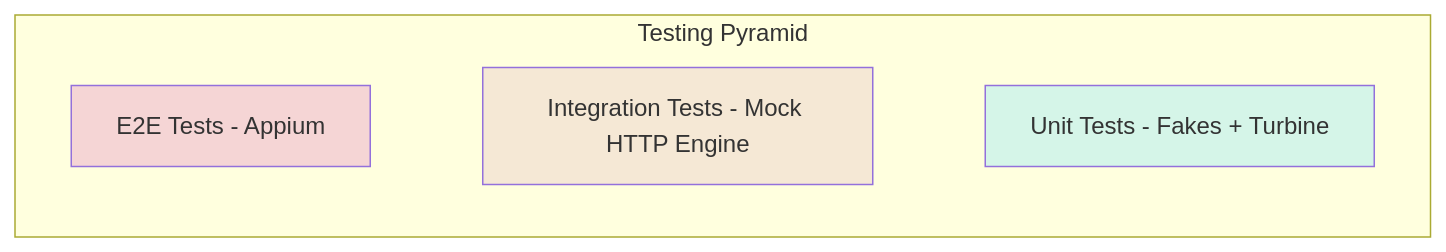
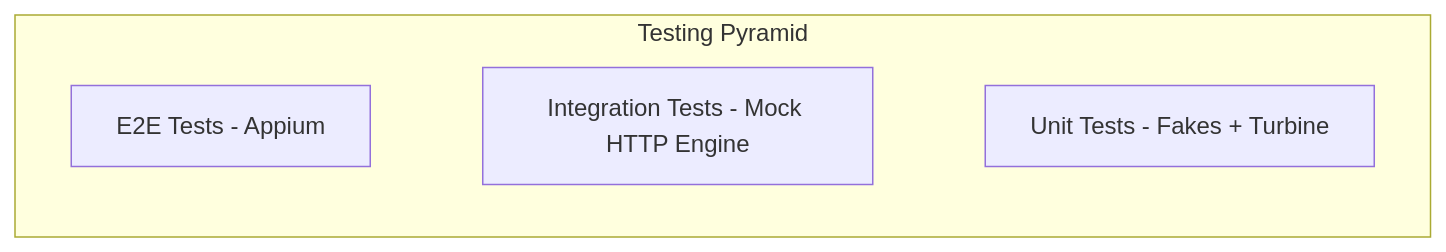
Before and after one commit to Ashanen/Castociasto: the ninth of 9 diagrams in README.md, drawn with Mermaid. The commit also changed other lines of this file, not shown here.

Commit message:
Update README: feature isolation, domain-centric architecture, remove custom colors

````diff
--- a/README.md
+++ b/README.md
@@ -562,15 +568,11 @@
 ```mermaid
 graph TB
     subgraph "Testing Pyramid"
         E2E[E2E Tests - Appium]
         INT[Integration Tests - Mock HTTP Engine]
         UNIT[Unit Tests - Fakes + Turbine]
     end
 
     E2E ~~~ INT
     INT ~~~ UNIT
-
-    style E2E fill:#F5D5D5
-    style INT fill:#F5E8D5
-    style UNIT fill:#D5F5E8
 ```
````
